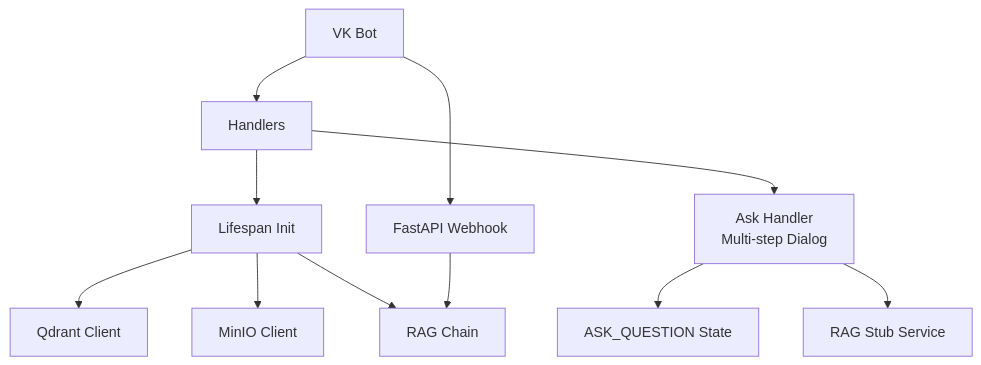
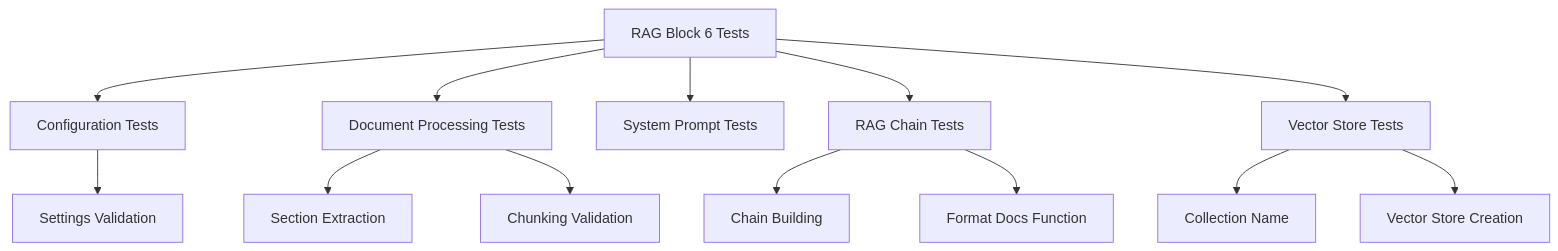
The ninth of 9 diagrams in .qoder/repowiki/en/content/RAG Integration.md (ognelis/cafetera_hr_bot), drawn with Mermaid before and after one commit. The commit also changed other lines of this file and 9 other files, not shown here.

````diff
--- a/.qoder/repowiki/en/content/RAG Integration.md
+++ b/.qoder/repowiki/en/content/RAG Integration.md
@@ -501,13 +453,15 @@
 ```mermaid
 graph TB
-Bot["VK Bot"] --> Handlers["Handlers"]
-Handlers --> Lifespan["Lifespan Init"]
-Lifespan --> Qdrant["Qdrant Client"]
-Lifespan --> MinIO["MinIO Client"]
-Lifespan --> Chain["RAG Chain"]
-Bot --> Webhook["FastAPI Webhook"]
-Webhook --> Chain
-Handlers --> AskHandler["Ask Handler<br/>Multi-step Dialog"]
-AskHandler --> States["ASK_QUESTION State"]
-AskHandler --> RagStub["RAG Stub Service"]
+TestSuite["RAG Block 6 Tests"] --> ConfigTests["Configuration Tests"]
+TestSuite --> DocxTests["Document Processing Tests"]
+TestSuite --> PromptTests["System Prompt Tests"]
+TestSuite --> ChainTests["RAG Chain Tests"]
+TestSuite --> VectorTests["Vector Store Tests"]
+ConfigTests --> SettingsValidation["Settings Validation"]
+DocxTests --> SectionExtraction["Section Extraction"]
+DocxTests --> ChunkingValidation["Chunking Validation"]
+ChainTests --> ChainBuilding["Chain Building"]
+ChainTests --> FormatDocs["Format Docs Function"]
+VectorTests --> CollectionName["Collection Name"]
+VectorTests --> VectorStoreCreation["Vector Store Creation"]
 ```
````
